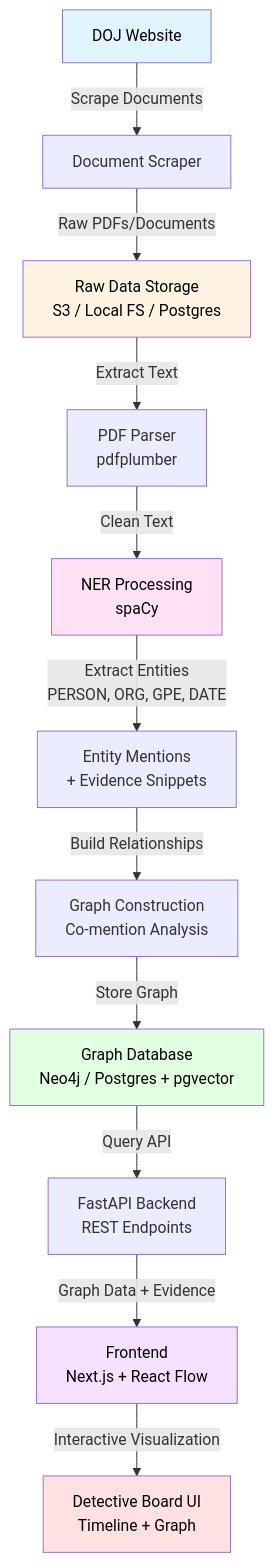
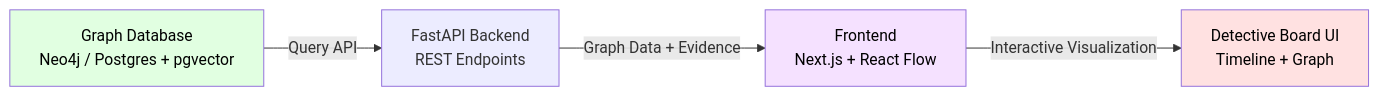
One commit to LinHong149/cxc changed the third of 3 diagrams in README.md. Above: the diagram before and after it, drawn with Mermaid. The commit also changed other lines of this file and 1 other file, not shown here.

Commit message:
horizontal flowchart

````diff
--- a/README.md
+++ b/README.md
@@ -194,20 +212,10 @@
 ```mermaid
-flowchart TD
-    A[DOJ Website] -->|Scrape Documents| B[Document Scraper]
-    B -->|Raw PDFs/Documents| C[Raw Data Storage<br/>S3 / Local FS / Postgres]
-    C -->|Extract Text| D[PDF Parser<br/>pdfplumber]
-    D -->|Clean Text| E[NER Processing<br/>spaCy]
-    E -->|Extract Entities<br/>PERSON, ORG, GPE, DATE| F[Entity Mentions<br/>+ Evidence Snippets]
-    F -->|Build Relationships| G[Graph Construction<br/>Co-mention Analysis]
-    G -->|Store Graph| H[Graph Database<br/>Neo4j / Postgres + pgvector]
-    H -->|Query API| I[FastAPI Backend<br/>REST Endpoints]
+flowchart LR
+    H[Graph Database<br/>Neo4j / Postgres + pgvector] -->|Query API| I[FastAPI Backend<br/>REST Endpoints]
     I -->|Graph Data + Evidence| J[Frontend<br/>Next.js + React Flow]
     J -->|Interactive Visualization| K[Detective Board UI<br/>Timeline + Graph]
     
-    style A fill:#e1f5ff,color:#000000
-    style C fill:#fff4e1,color:#000000
-    style E fill:#ffe1f5,color:#000000
     style H fill:#e1ffe1,color:#000000
     style J fill:#f5e1ff,color:#000000
     style K fill:#ffe1e1,color:#000000
 ```
````
